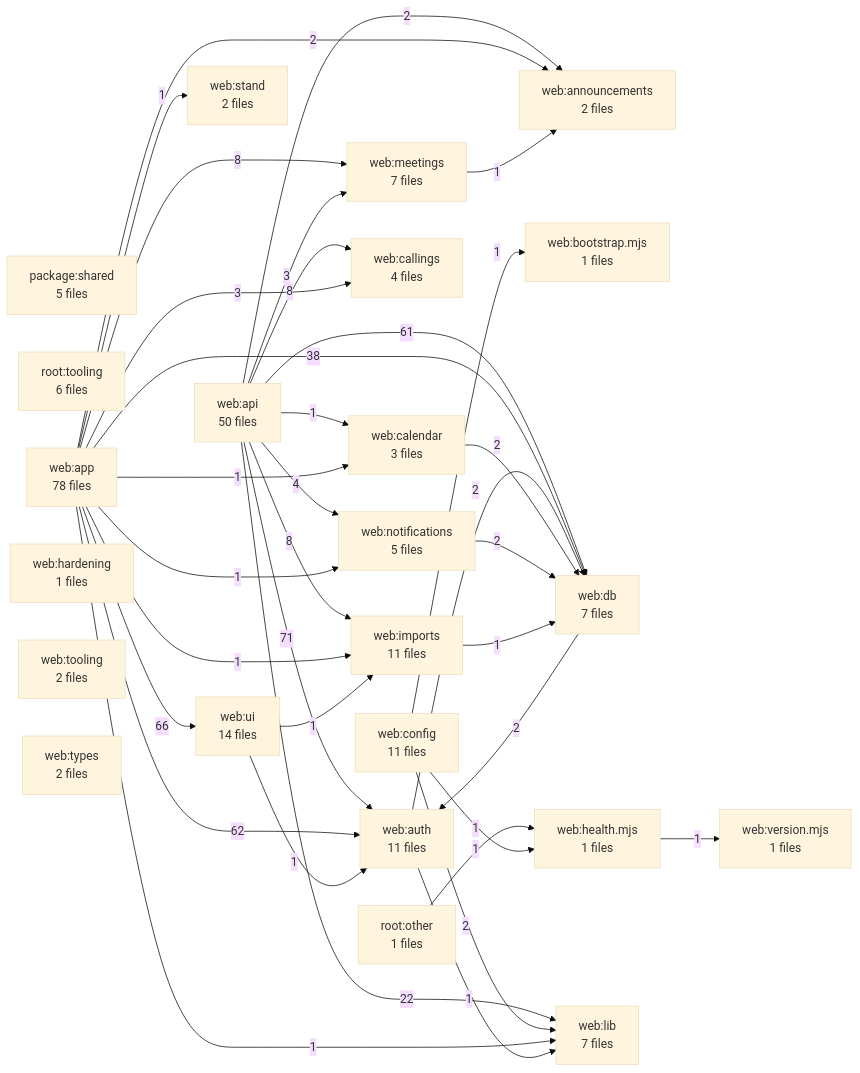
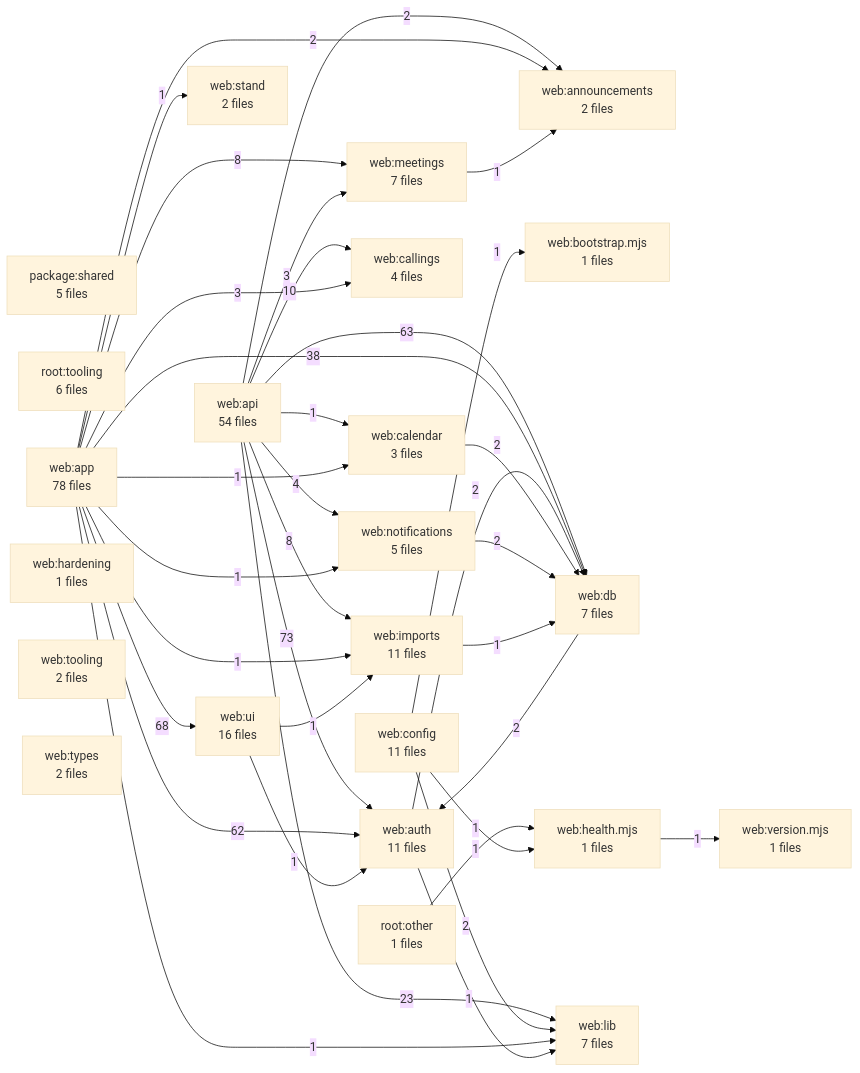
Before and after one commit to kalebhall/the-stand: the diagram in docs/DEPENDENCY_GRAPH.md, drawn with Mermaid (base theme). The commit also changed other lines of this file and 12 other files, not shown here.

Commit message:
feat(callings): add assignment-only and convert-to-assigned flow

````diff
--- a/docs/DEPENDENCY_GRAPH.md
+++ b/docs/DEPENDENCY_GRAPH.md
@@ -11,60 +11,60 @@
 ```mermaid
 flowchart LR
   A1["package:shared<br/>5 files"]
   A2["root:other<br/>1 files"]
   A3["root:tooling<br/>6 files"]
   A4["web:announcements<br/>2 files"]
-  A5["web:api<br/>50 files"]
+  A5["web:api<br/>54 files"]
   A6["web:app<br/>78 files"]
   A7["web:auth<br/>11 files"]
   A8["web:bootstrap.mjs<br/>1 files"]
   A9["web:calendar<br/>3 files"]
   A10["web:callings<br/>4 files"]
   A11["web:config<br/>11 files"]
   A12["web:db<br/>7 files"]
   A13["web:hardening<br/>1 files"]
   A14["web:health.mjs<br/>1 files"]
   A15["web:imports<br/>11 files"]
   A16["web:lib<br/>7 files"]
   A17["web:meetings<br/>7 files"]
   A18["web:notifications<br/>5 files"]
   A19["web:stand<br/>2 files"]
   A20["web:tooling<br/>2 files"]
   A21["web:types<br/>2 files"]
-  A22["web:ui<br/>14 files"]
+  A22["web:ui<br/>16 files"]
   A23["web:version.mjs<br/>1 files"]
-  A5 -->|71| A7
-  A6 -->|66| A22
+  A5 -->|73| A7
+  A6 -->|68| A22
+  A5 -->|63| A12
   A6 -->|62| A7
-  A5 -->|61| A12
   A6 -->|38| A12
-  A5 -->|22| A16
-  A5 -->|8| A10
+  A5 -->|23| A16
+  A5 -->|10| A10
   A5 -->|8| A15
   A6 -->|8| A17
   A5 -->|4| A18
   A5 -->|3| A17
   A6 -->|3| A10
   A5 -->|2| A4
   A6 -->|2| A4
   A7 -->|2| A12
   A9 -->|2| A12
   A11 -->|2| A16
   A12 -->|2| A7
   A18 -->|2| A12
   A2 -->|1| A14
   A5 -->|1| A9
   A6 -->|1| A9
   A6 -->|1| A15
   A6 -->|1| A16
   A6 -->|1| A18
   A6 -->|1| A19
   A7 -->|1| A16
   A11 -->|1| A8
   A11 -->|1| A14
   A14 -->|1| A23
   A15 -->|1| A12
   A17 -->|1| A4
   A22 -->|1| A7
   A22 -->|1| A15
 ```
````
